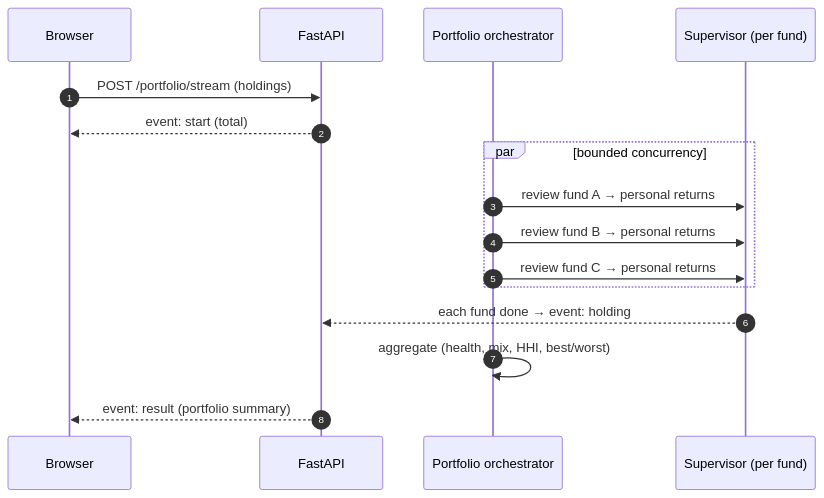
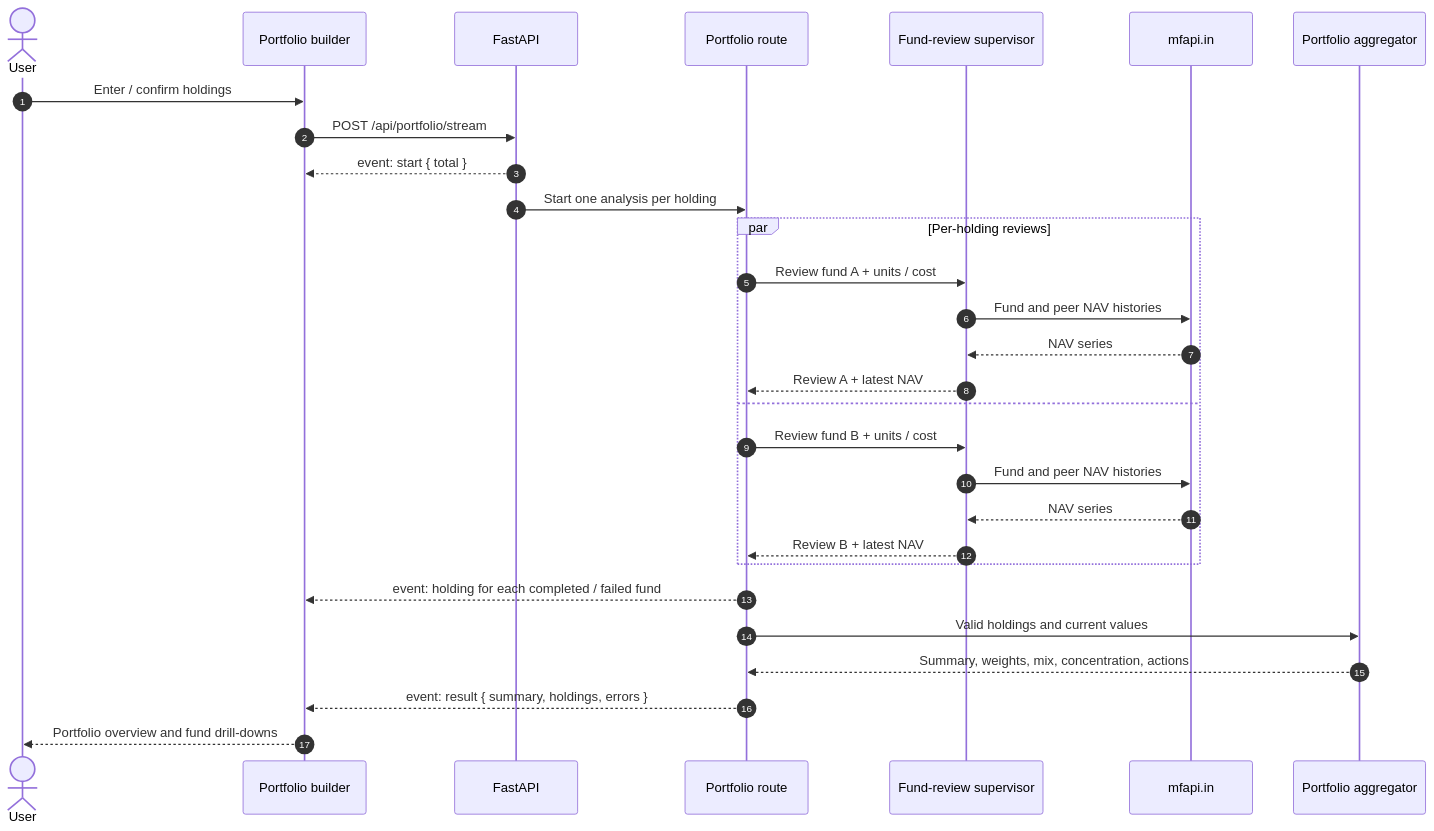
Before and after one commit to chamanthmvs/Truthfolio: the third of 4 diagrams in docs/TECHNICAL.md, drawn with Mermaid. The commit also changed other lines of this file and 8 other files, not shown here.

````diff
--- a/docs/TECHNICAL.md
+++ b/docs/TECHNICAL.md
@@ -268,19 +420,32 @@
 ```mermaid
 sequenceDiagram
     autonumber
-    participant U as Browser
+    actor User
+    participant UI as Portfolio builder
     participant API as FastAPI
-    participant O as Portfolio orchestrator
-    participant S as Supervisor (per fund)
+    participant Orchestrator as Portfolio route
+    participant Review as Fund-review supervisor
+    participant NAV as mfapi.in
+    participant Agg as Portfolio aggregator
 
-    U->>API: POST /portfolio/stream (holdings)
-    API-->>U: event: start (total)
-    par bounded concurrency
-        O->>S: review fund A → personal returns
-        O->>S: review fund B → personal returns
-        O->>S: review fund C → personal returns
+    User->>UI: Enter / confirm holdings
+    UI->>API: POST /api/portfolio/stream
+    API-->>UI: event: start { total }
+    API->>Orchestrator: Start one analysis per holding
+    par Per-holding reviews
+        Orchestrator->>Review: Review fund A + units / cost
+        Review->>NAV: Fund and peer NAV histories
+        NAV-->>Review: NAV series
+        Review-->>Orchestrator: Review A + latest NAV
+    and
+        Orchestrator->>Review: Review fund B + units / cost
+        Review->>NAV: Fund and peer NAV histories
+        NAV-->>Review: NAV series
+        Review-->>Orchestrator: Review B + latest NAV
     end
-    S-->>API: each fund done → event: holding
-    O->>O: aggregate (health, mix, HHI, best/worst)
-    API-->>U: event: result (portfolio summary)
+    Orchestrator-->>UI: event: holding for each completed / failed fund
+    Orchestrator->>Agg: Valid holdings and current values
+    Agg-->>Orchestrator: Summary, weights, mix, concentration, actions
+    Orchestrator-->>UI: event: result { summary, holdings, errors }
+    UI-->>User: Portfolio overview and fund drill-downs
 ```
````
